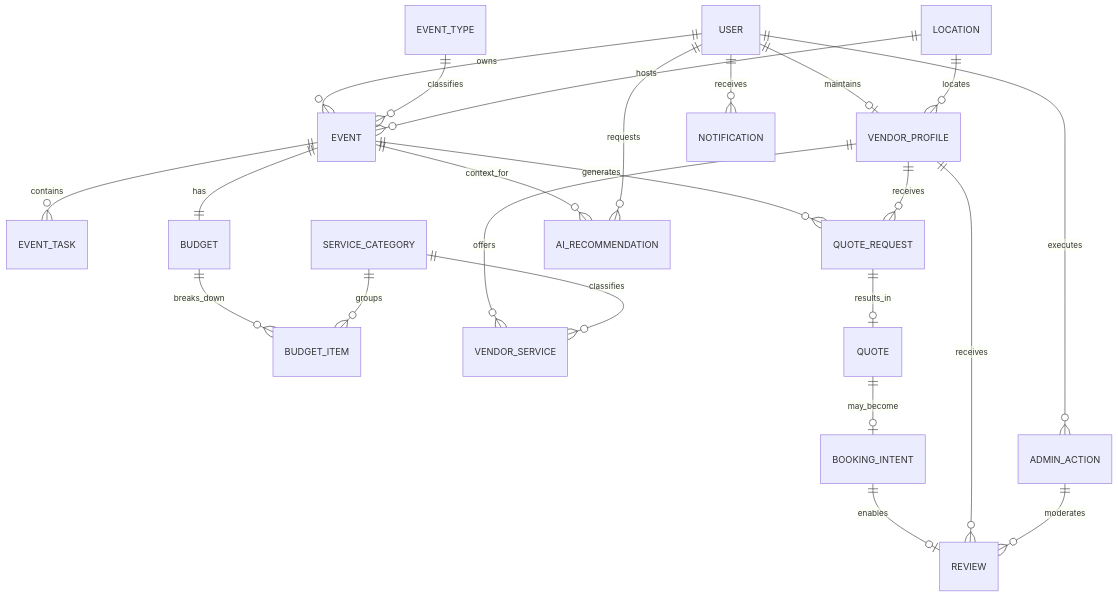
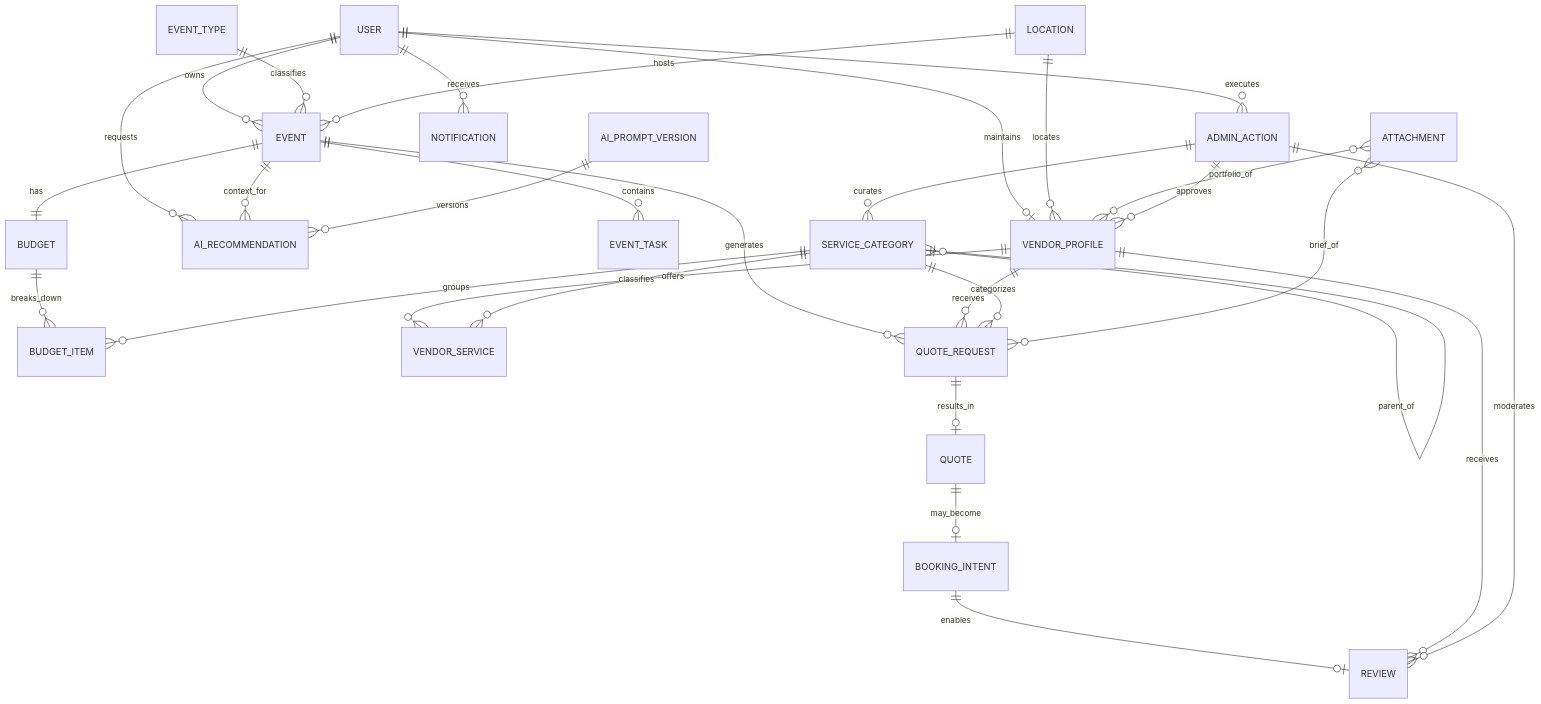
Before and after one commit to wcorderolara/AI4Devs-Final-Project-Eventflow: the diagram in deliverables/3-Modelo-de-datos.md, drawn with Mermaid. The commit also changed other lines of this file and 33 other files, not shown here.

````diff
--- a/deliverables/3-Modelo-de-datos.md
+++ b/deliverables/3-Modelo-de-datos.md
@@ -5,25 +7,39 @@
 ```mermaid
 erDiagram
     USER ||--o{ EVENT : owns
     USER ||--o| VENDOR_PROFILE : maintains
     USER ||--o{ ADMIN_ACTION : executes
+    USER ||--o{ NOTIFICATION : receives
+    USER ||--o{ AI_RECOMMENDATION : requests
+
     EVENT_TYPE ||--o{ EVENT : classifies
+    LOCATION ||--o{ EVENT : hosts
+    LOCATION ||--o{ VENDOR_PROFILE : locates
+
     EVENT ||--o{ EVENT_TASK : contains
     EVENT ||--|| BUDGET : has
     BUDGET ||--o{ BUDGET_ITEM : breaks_down
     SERVICE_CATEGORY ||--o{ BUDGET_ITEM : groups
-    LOCATION ||--o{ EVENT : hosts
-    LOCATION ||--o{ VENDOR_PROFILE : locates
+
     VENDOR_PROFILE ||--o{ VENDOR_SERVICE : offers
     SERVICE_CATEGORY ||--o{ VENDOR_SERVICE : classifies
+    SERVICE_CATEGORY ||--o{ SERVICE_CATEGORY : parent_of
+
     EVENT ||--o{ QUOTE_REQUEST : generates
     VENDOR_PROFILE ||--o{ QUOTE_REQUEST : receives
+    SERVICE_CATEGORY ||--o{ QUOTE_REQUEST : categorizes
     QUOTE_REQUEST ||--o| QUOTE : results_in
     QUOTE ||--o| BOOKING_INTENT : may_become
     BOOKING_INTENT ||--o| REVIEW : enables
     VENDOR_PROFILE ||--o{ REVIEW : receives
-    USER ||--o{ NOTIFICATION : receives
+
     EVENT ||--o{ AI_RECOMMENDATION : context_for
-    USER ||--o{ AI_RECOMMENDATION : requests
+    AI_PROMPT_VERSION ||--o{ AI_RECOMMENDATION : versions
+
+    ATTACHMENT }o--o{ VENDOR_PROFILE : portfolio_of
+    ATTACHMENT }o--o{ QUOTE_REQUEST : brief_of
+
     ADMIN_ACTION ||--o{ REVIEW : moderates
+    ADMIN_ACTION ||--o{ VENDOR_PROFILE : approves
+    ADMIN_ACTION ||--o{ SERVICE_CATEGORY : curates
 ```
````
